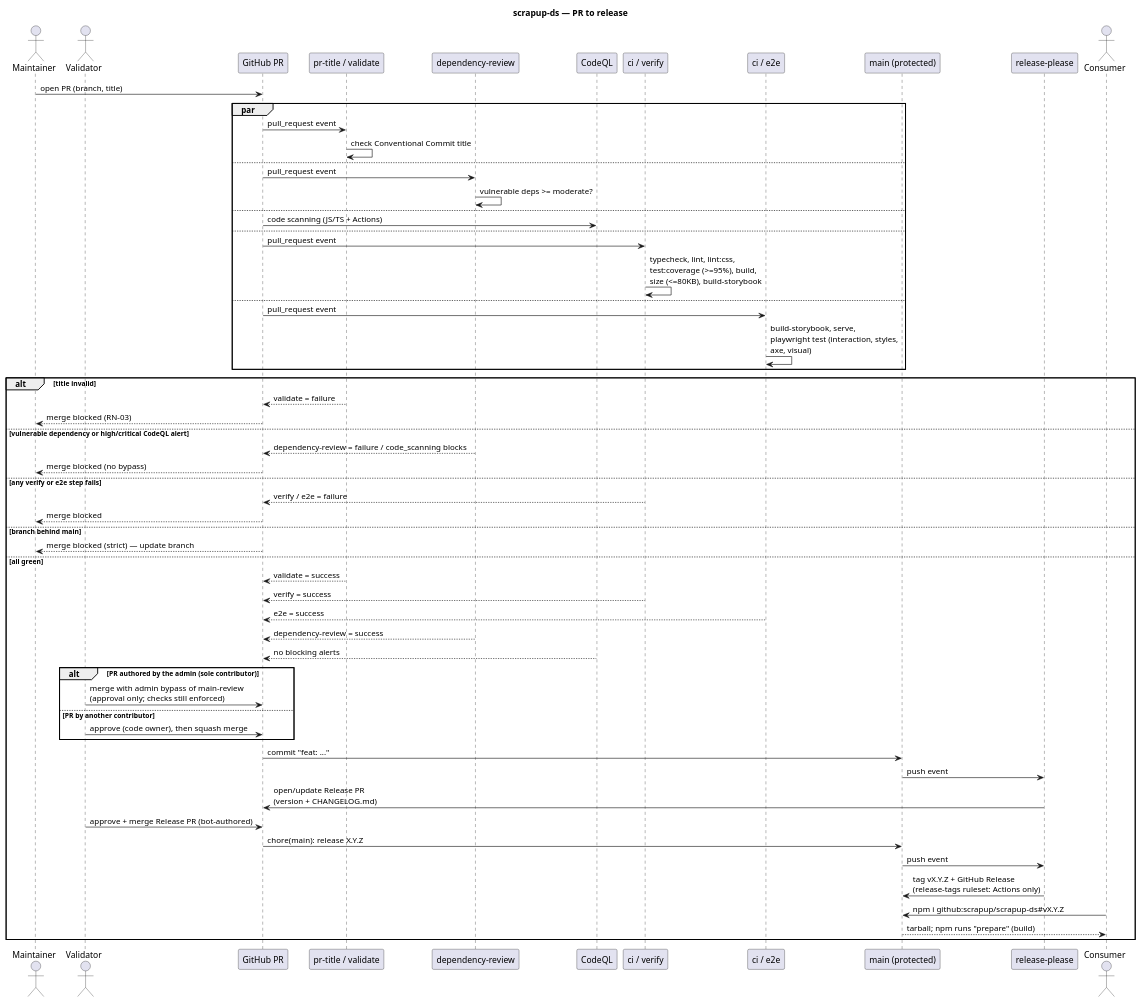
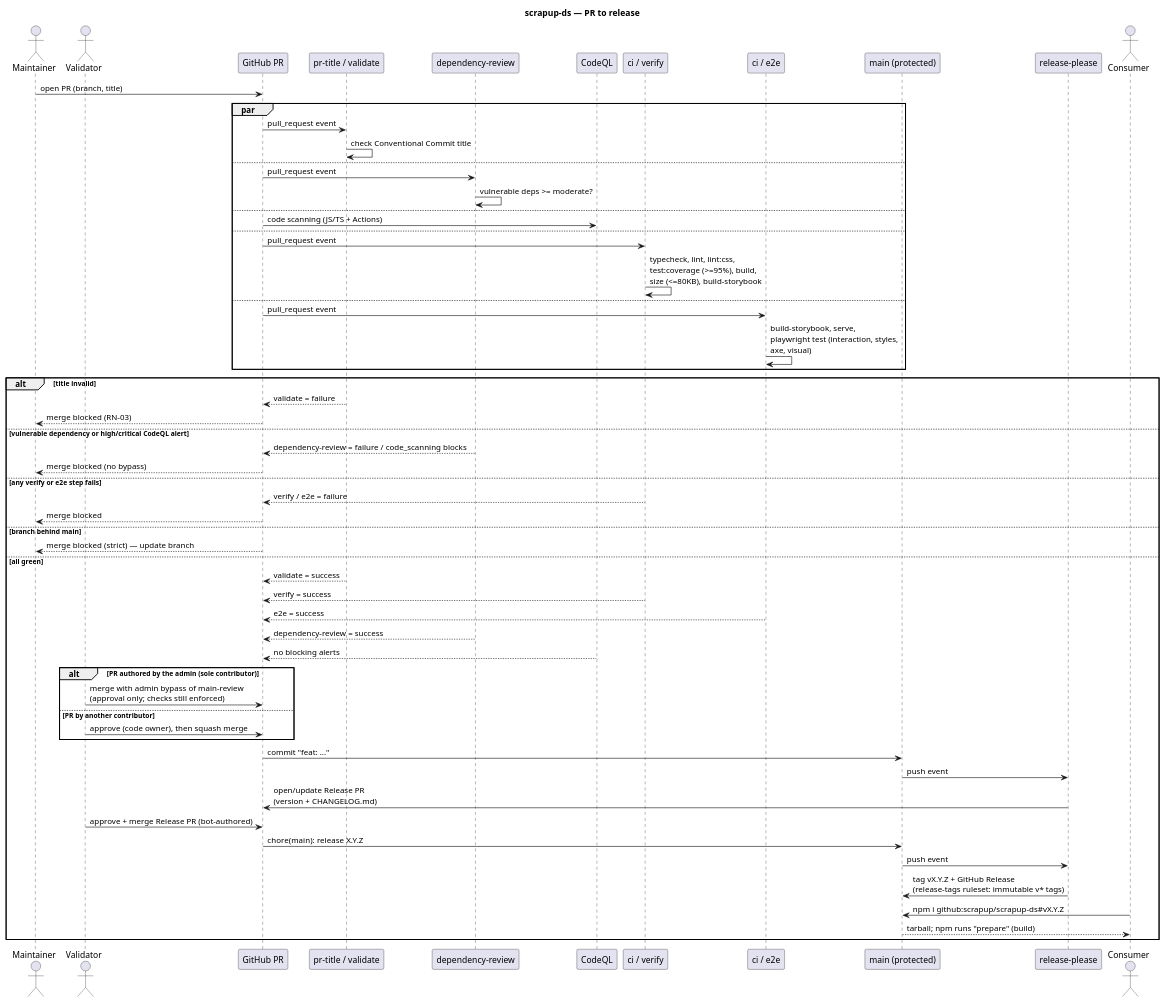
One commit to scrapup/scrapup-ds changed the diagram in docs/specs/design-system-foundation/diagrams/seq-release.puml. Above: the diagram before and after it, drawn with PlantUML. The commit also changed 6 other files, not shown here.

First line of the commit message:
docs(specs): align release-tags ruleset and bootstrap criteria with platform limits (#5)

```diff
--- a/docs/specs/design-system-foundation/diagrams/seq-release.puml
+++ b/docs/specs/design-system-foundation/diagrams/seq-release.puml
@@ -1,63 +1,63 @@
 @startuml seq-release
 title scrapup-ds — PR to release
 actor Maintainer
 actor Validator
 participant "GitHub PR" as PR
 participant "pr-title / validate" as PT
 participant "dependency-review" as DR
 participant "CodeQL" as CQ
 participant "ci / verify" as CI
 participant "ci / e2e" as E2E
 participant "main (protected)" as Main
 participant "release-please" as RP
 actor Consumer
 
 Maintainer -> PR : open PR (branch, title)
 par
   PR -> PT : pull_request event
   PT -> PT : check Conventional Commit title
 else
   PR -> DR : pull_request event
   DR -> DR : vulnerable deps >= moderate?
 else
   PR -> CQ : code scanning (JS/TS + Actions)
 else
   PR -> CI : pull_request event
   CI -> CI : typecheck, lint, lint:css,\ntest:coverage (>=95%), build,\nsize (<=80KB), build-storybook
 else
   PR -> E2E : pull_request event
   E2E -> E2E : build-storybook, serve,\nplaywright test (interaction, styles,\naxe, visual)
 end
 alt title invalid
   PT --> PR : validate = failure
   PR --> Maintainer : merge blocked (RN-03)
 else vulnerable dependency or high/critical CodeQL alert
   DR --> PR : dependency-review = failure / code_scanning blocks
   PR --> Maintainer : merge blocked (no bypass)
 else any verify or e2e step fails
   CI --> PR : verify / e2e = failure
   PR --> Maintainer : merge blocked
 else branch behind main
   PR --> Maintainer : merge blocked (strict) — update branch
 else all green
   PT --> PR : validate = success
   CI --> PR : verify = success
   E2E --> PR : e2e = success
   DR --> PR : dependency-review = success
   CQ --> PR : no blocking alerts
   alt PR authored by the admin (sole contributor)
     Validator -> PR : merge with admin bypass of main-review\n(approval only; checks still enforced)
   else PR by another contributor
     Validator -> PR : approve (code owner), then squash merge
   end
   PR -> Main : commit "feat: ..."
   Main -> RP : push event
   RP -> PR : open/update Release PR\n(version + CHANGELOG.md)
   Validator -> PR : approve + merge Release PR (bot-authored)
   PR -> Main : chore(main): release X.Y.Z
   Main -> RP : push event
-  RP -> Main : tag vX.Y.Z + GitHub Release\n(release-tags ruleset: Actions only)
+  RP -> Main : tag vX.Y.Z + GitHub Release\n(release-tags ruleset: immutable v* tags)
   Consumer -> Main : npm i github:scrapup/scrapup-ds#vX.Y.Z
   Main --> Consumer : tarball; npm runs "prepare" (build)
 end
 @enduml
```
